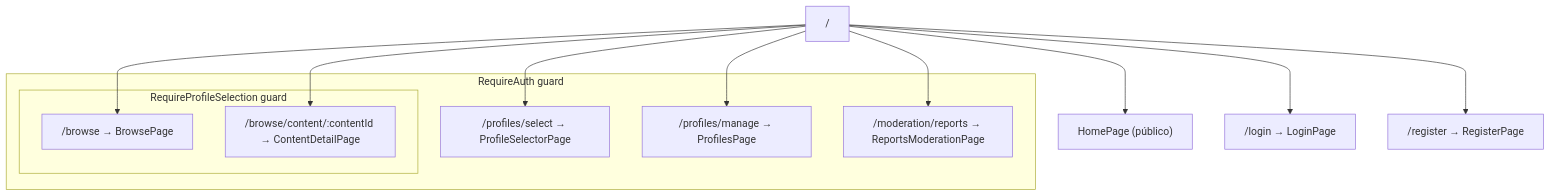
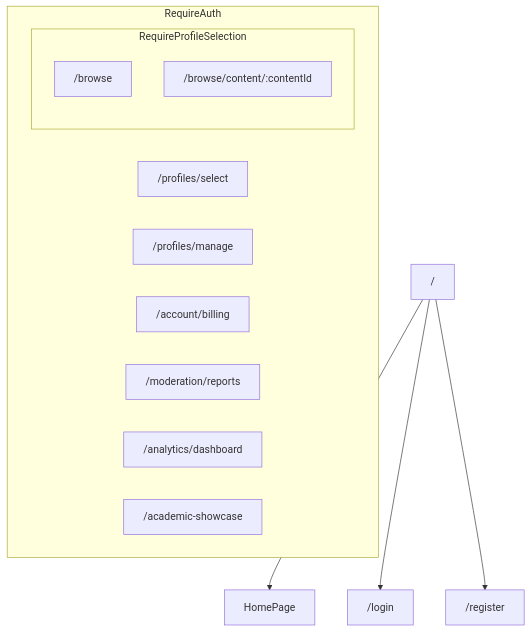
Before and after one commit to JuanNorena/MinFlix: the sixth of 10 diagrams in Docs/Resumen_Proyecto.md, drawn with Mermaid. The commit also changed other lines of this file, not shown here.

````diff
--- a/Docs/Resumen_Proyecto.md
+++ b/Docs/Resumen_Proyecto.md
@@ -334,23 +644,20 @@
 ```mermaid
 graph TD
-    ROOT["/"] --> HOME["HomePage (público)"]
-    ROOT --> LOGIN["/login → LoginPage"]
-    ROOT --> REGISTER["/register → RegisterPage"]
-    
-    subgraph "RequireAuth guard"
-        PROFILES_SELECT["/profiles/select → ProfileSelectorPage"]
-        PROFILES_MANAGE["/profiles/manage → ProfilesPage"]
-        MODERATION["/moderation/reports → ReportsModerationPage"]
-        
-        subgraph "RequireProfileSelection guard"
-            BROWSE["/browse → BrowsePage"]
-            DETAIL["/browse/content/:contentId → ContentDetailPage"]
+    ROOT["/"] --> HOME["HomePage"]
+    ROOT --> LOGIN["/login"]
+    ROOT --> REGISTER["/register"]
+
+    subgraph AUTH["RequireAuth"]
+        SELECT["/profiles/select"]
+        MANAGE["/profiles/manage"]
+        BILLING["/account/billing"]
+        MODERATION["/moderation/reports"]
+        ANALYTICS["/analytics/dashboard"]
+        SHOWCASE["/academic-showcase"]
+
+        subgraph PROFILE["RequireProfileSelection"]
+            BROWSE["/browse"]
+            DETAIL["/browse/content/:contentId"]
         end
     end
-    
-    ROOT --> PROFILES_SELECT
-    ROOT --> PROFILES_MANAGE
-    ROOT --> MODERATION
-    ROOT --> BROWSE
-    ROOT --> DETAIL
 ```
````
